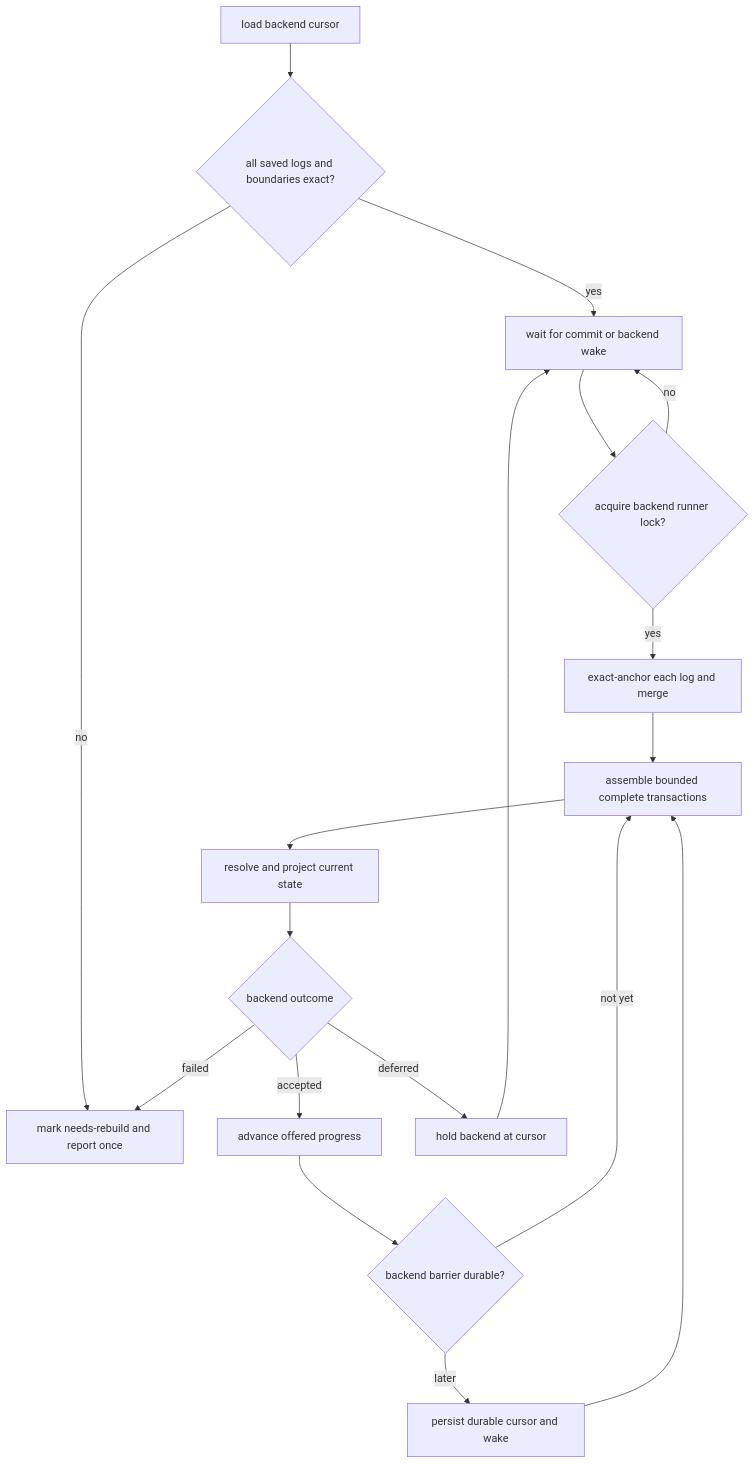
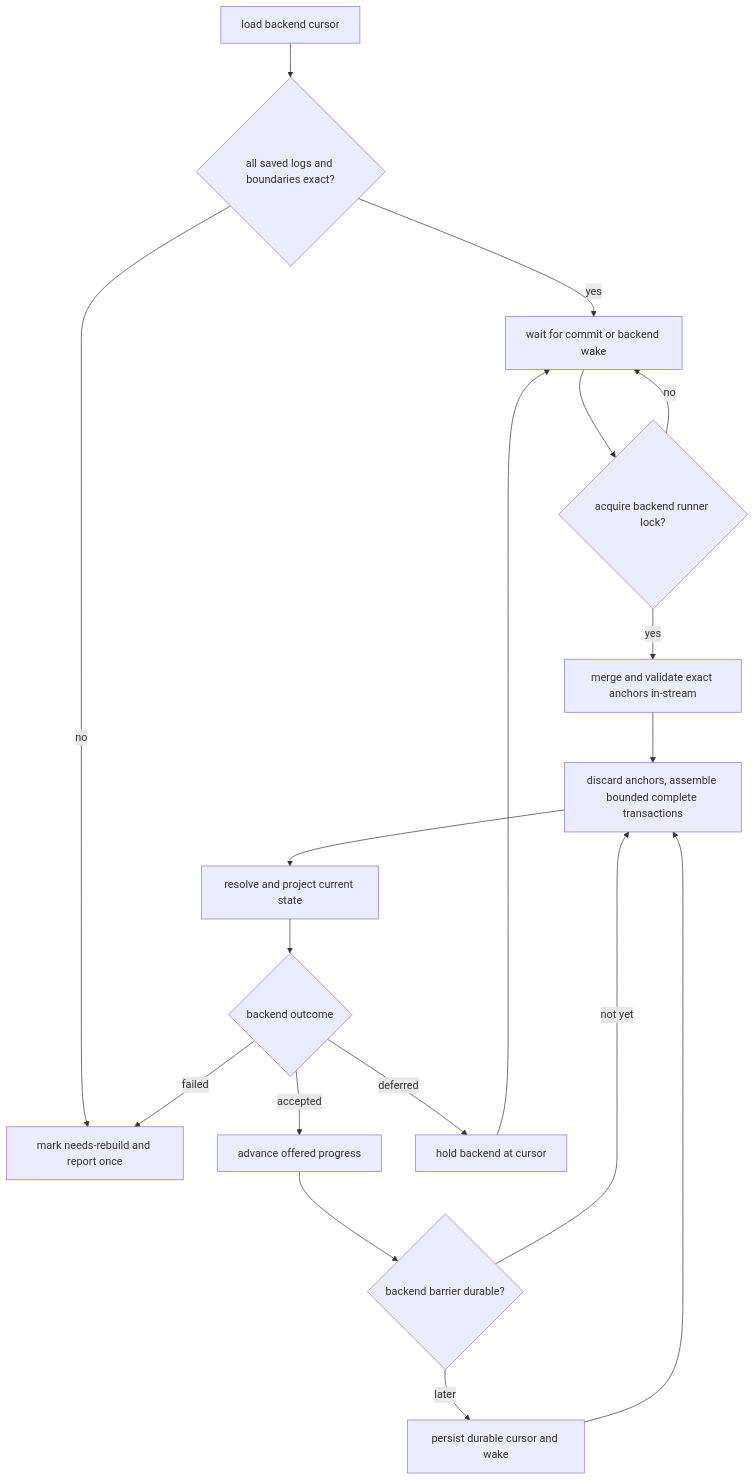
One commit to HarperFast/harper changed the second of 2 diagrams in docs/derived-index-runtime-stage-1.md. Above: the diagram before and after it, drawn with Mermaid. The commit also changed other lines of this file and 5 other files, not shown here.

````diff
--- a/docs/derived-index-runtime-stage-1.md
+++ b/docs/derived-index-runtime-stage-1.md
@@ -323,20 +354,20 @@
 ```mermaid
 flowchart TD
     A[load backend cursor] --> B{all saved logs and boundaries exact?}
     B -->|no| R[mark needs-rebuild and report once]
     B -->|yes| W[wait for commit or backend wake]
     W --> L{acquire backend runner lock?}
     L -->|no| W
-    L -->|yes| Q[exact-anchor each log and merge]
-    Q --> T[assemble bounded complete transactions]
+    L -->|yes| Q[merge and validate exact anchors in-stream]
+    Q --> T[discard anchors, assemble bounded complete transactions]
     T --> P[resolve and project current state]
     P --> O{backend outcome}
     O -->|accepted| N[advance offered progress]
     O -->|deferred| H[hold backend at cursor]
     O -->|failed| R
     N --> D{backend barrier durable?}
     D -->|later| C[persist durable cursor and wake]
     D -->|not yet| T
     C --> T
     H --> W
 ```
````
